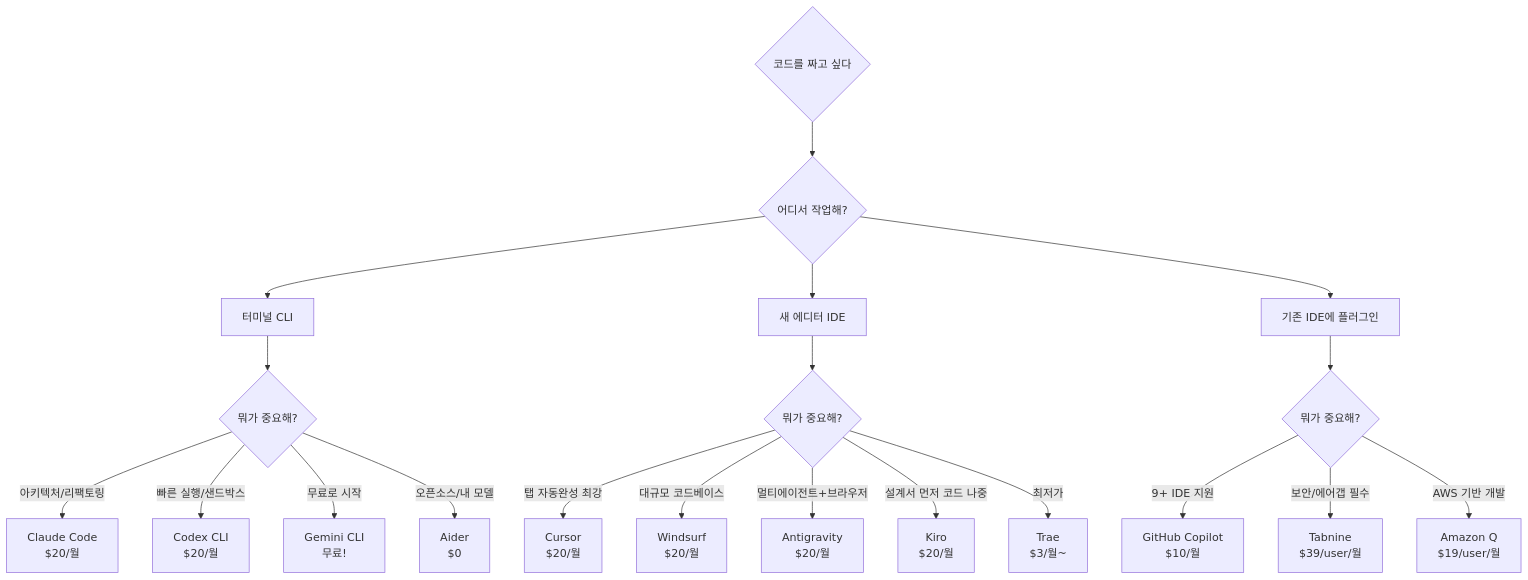
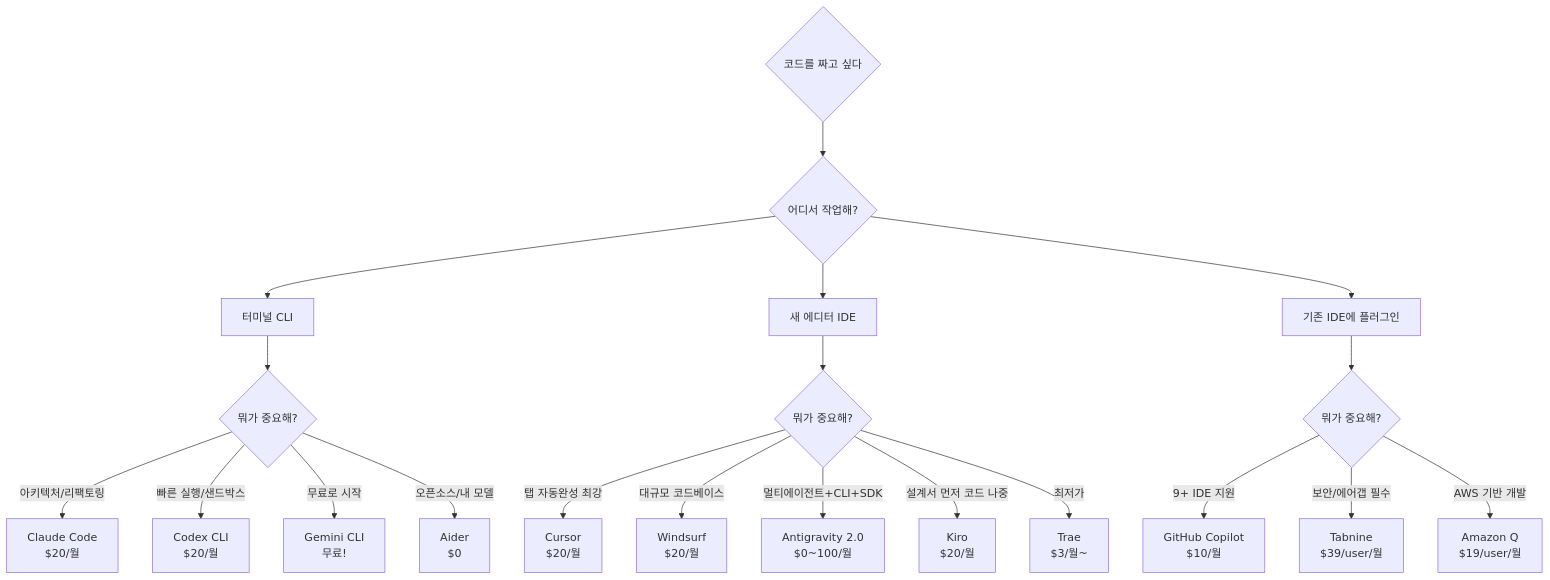
The third of 11 diagrams in README_ko.md (tykimos/ai-whatchelin), drawn with Mermaid before and after one commit. The commit also changed other lines of this file and 4 other files, not shown here.

````diff
--- a/README_ko.md
+++ b/README_ko.md
@@ -293,26 +294,26 @@
 ```mermaid
 flowchart TD
     A{"코드를 짜고 싶다"} --> B{"어디서 작업해?"}
 
     B --> C["터미널 CLI"]
     B --> D["새 에디터 IDE"]
     B --> E["기존 IDE에 플러그인"]
 
     C --> C1{"뭐가 중요해?"}
     C1 -->|"아키텍처/리팩토링"| CC["Claude Code\n$20/월"]
     C1 -->|"빠른 실행/샌드박스"| CX["Codex CLI\n$20/월"]
     C1 -->|"무료로 시작"| CG["Gemini CLI\n무료!"]
     C1 -->|"오픈소스/내 모델"| CA["Aider\n$0"]
 
     D --> D1{"뭐가 중요해?"}
     D1 -->|"탭 자동완성 최강"| DC["Cursor\n$20/월"]
     D1 -->|"대규모 코드베이스"| DW["Windsurf\n$20/월"]
-    D1 -->|"멀티에이전트+브라우저"| DA["Antigravity\n$20/월"]
+    D1 -->|"멀티에이전트+CLI+SDK"| DA["Antigravity 2.0\n$0~100/월"]
     D1 -->|"설계서 먼저 코드 나중"| DK["Kiro\n$20/월"]
     D1 -->|"최저가"| DT["Trae\n$3/월~"]
 
     E --> E1{"뭐가 중요해?"}
     E1 -->|"9+ IDE 지원"| EG["GitHub Copilot\n$10/월"]
     E1 -->|"보안/에어갭 필수"| ET["Tabnine\n$39/user/월"]
     E1 -->|"AWS 기반 개발"| EA["Amazon Q\n$19/user/월"]
 ```
````
